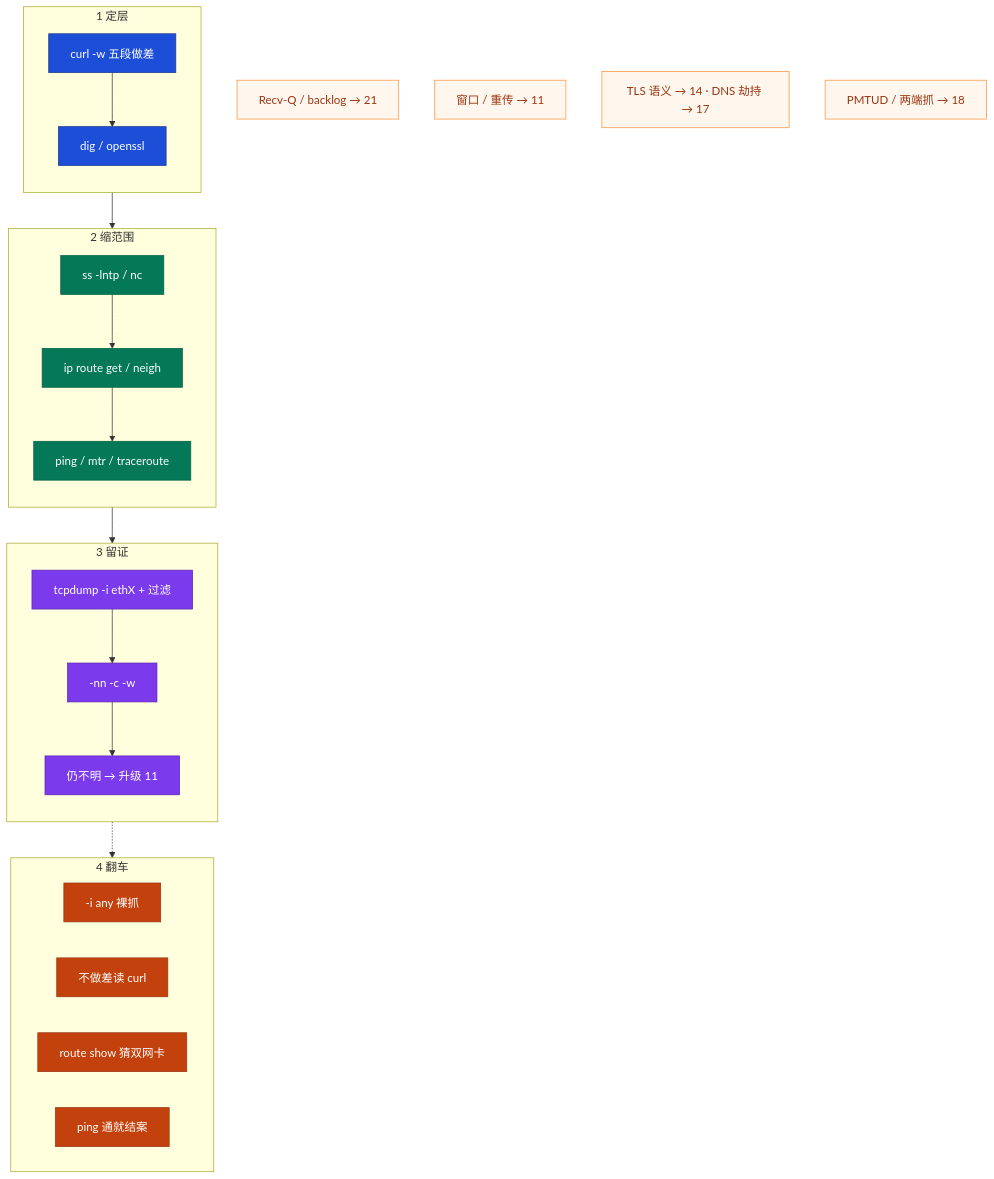
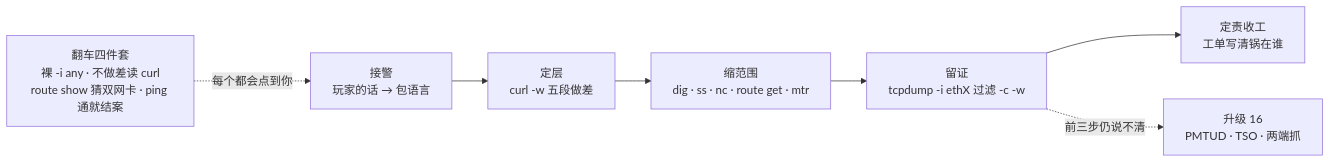
Before and after one commit to ml-cuizijun/LearnToLilith: the first of 5 diagrams in 01-基础底座/02-网络排查命令/知识点.md, drawn with Mermaid. The commit also changed other lines of this file and 470 other files, not shown here.

````diff
--- a/01-基础底座/02-网络排查命令/知识点.md
+++ b/01-基础底座/02-网络排查命令/知识点.md
@@ -71,46 +15,9 @@
 ```mermaid
-flowchart TB
-    classDef layer fill:#1D4ED8,stroke:#1E3A8A,color:#fff
-    classDef scope fill:#047857,stroke:#065F46,color:#fff
-    classDef proof fill:#7C3AED,stroke:#5B21B6,color:#fff
-    classDef danger fill:#C2410C,stroke:#9A3412,color:#fff
-    classDef note fill:#FFF7ED,stroke:#FB923C,color:#9A3412
-
-    subgraph STEP1["1 定层"]
-        direction TB
-        C["curl -w 五段做差"] --> D["dig / openssl"]
-    end
-
-    subgraph STEP2["2 缩范围"]
-        direction TB
-        S1["ss -lntp / nc"] --> S2["ip route get / neigh"]
-        S2 --> S3["ping / mtr / traceroute"]
-    end
-
-    subgraph STEP3["3 留证"]
-        direction TB
-        T1["tcpdump -i ethX + 过滤"] --> T2["-nn -c -w"]
-        T2 --> T3["仍不明 → 升级 11"]
-    end
-
-    subgraph FAIL["4 翻车"]
-        direction LR
-        F1["-i any 裸抓"]
-        F2["不做差读 curl"]
-        F3["route show 猜双网卡"]
-        F4["ping 通就结案"]
-    end
-
-    STEP1 --> STEP2 --> STEP3
-    STEP3 -.-> FAIL
-
-    N1["Recv-Q / backlog → 21"]:::note
-    N2["窗口 / 重传 → 11"]:::note
-    N3["TLS 语义 → 14 · DNS 劫持 → 17"]:::note
-    N4["PMTUD / 两端抓 → 18"]:::note
-
-    class C,D layer
-    class S1,S2,S3 scope
-    class T1,T2,T3 proof
-    class F1,F2,F3,F4 danger
+flowchart LR
+    CALL["接警<br/>玩家的话 → 包语言"] --> LAYER["定层<br/>curl -w 五段做差"]
+    LAYER --> SCOPE["缩范围<br/>dig · ss · nc · route get · mtr"]
+    SCOPE --> PROOF["留证<br/>tcpdump -i ethX 过滤 -c -w"]
+    PROOF --> DONE["定责收工<br/>工单写清锅在谁"]
+    PROOF -.->|前三步仍说不清| UP["升级 16<br/>PMTUD · TSO · 两端抓"]
+    FAIL["翻车四件套<br/>裸 -i any · 不做差读 curl<br/>route show 猜双网卡 · ping 通就结案"] -.->|每个都会点到你| CALL
 ```
````
